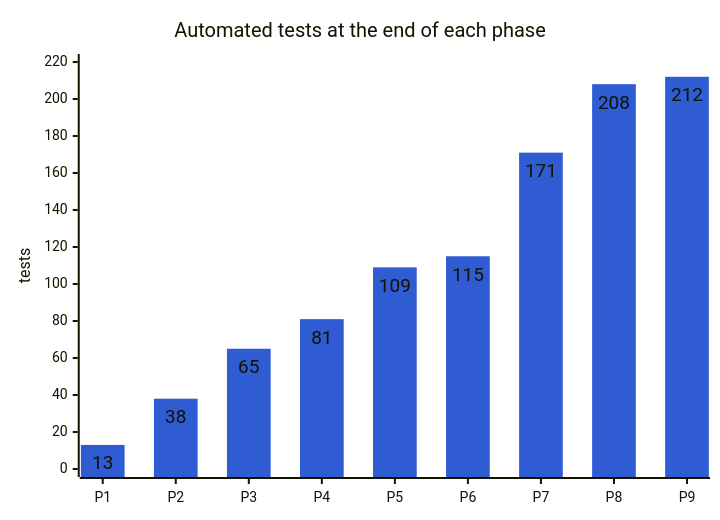
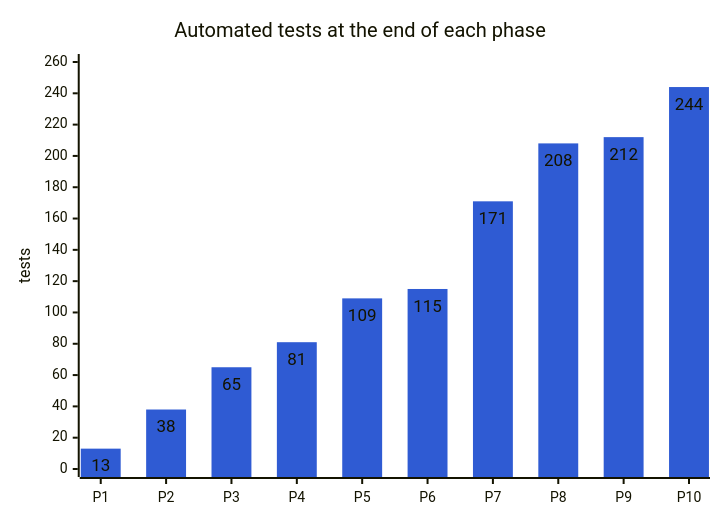
The diagram in docs/handbook/diagrams/14-chart-tests-by-phase.mmd (abdulmdev/sentinel-incident-copilot), drawn with Mermaid before and after one commit. The commit also changed 90 other files, not shown here.

```diff
--- a/docs/handbook/diagrams/14-chart-tests-by-phase.mmd
+++ b/docs/handbook/diagrams/14-chart-tests-by-phase.mmd
@@ -1,13 +1,13 @@
 ---
 config:
   xyChart:
     showDataLabel: true
   themeVariables:
     xyChart:
       plotColorPalette: "#2f5bd3"
 ---
 xychart-beta
   title "Automated tests at the end of each phase"
-  x-axis ["P1", "P2", "P3", "P4", "P5", "P6", "P7", "P8", "P9"]
-  y-axis "tests" 0 --> 220
-  bar [13, 38, 65, 81, 109, 115, 171, 208, 212]
+  x-axis ["P1", "P2", "P3", "P4", "P5", "P6", "P7", "P8", "P9", "P10"]
+  y-axis "tests" 0 --> 260
+  bar [13, 38, 65, 81, 109, 115, 171, 208, 212, 244]
```
